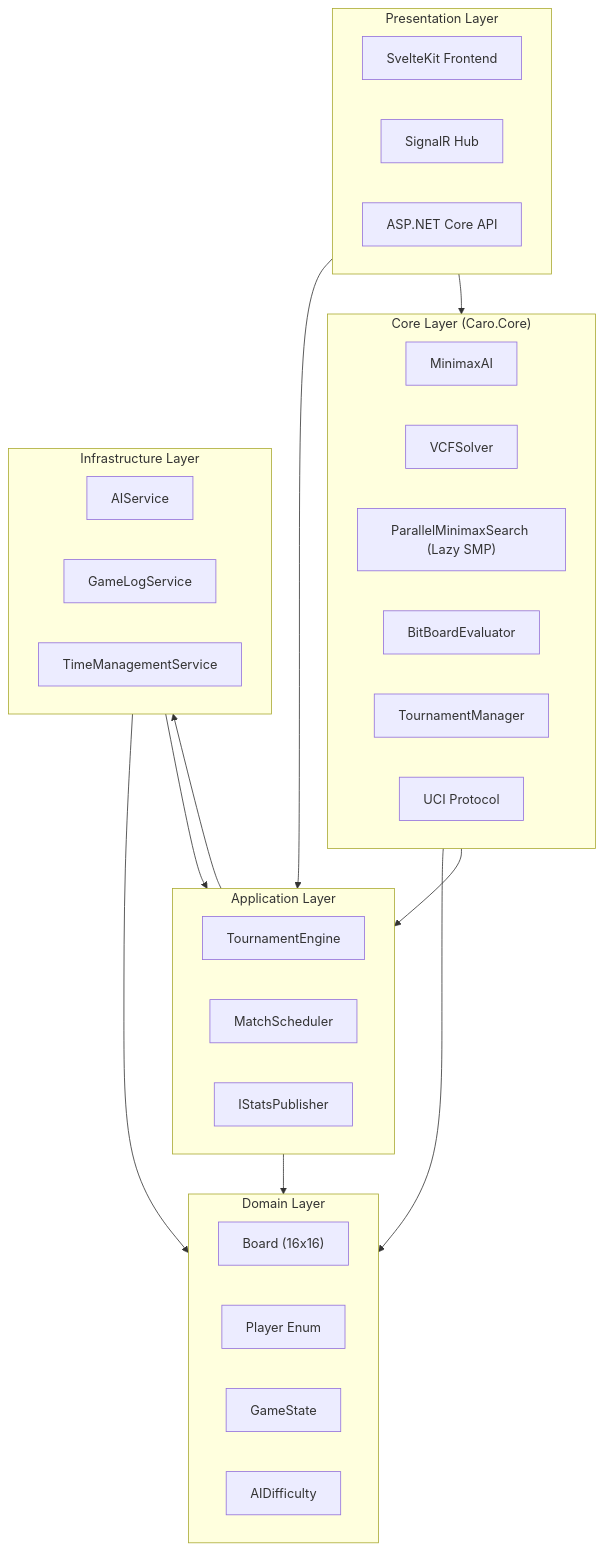
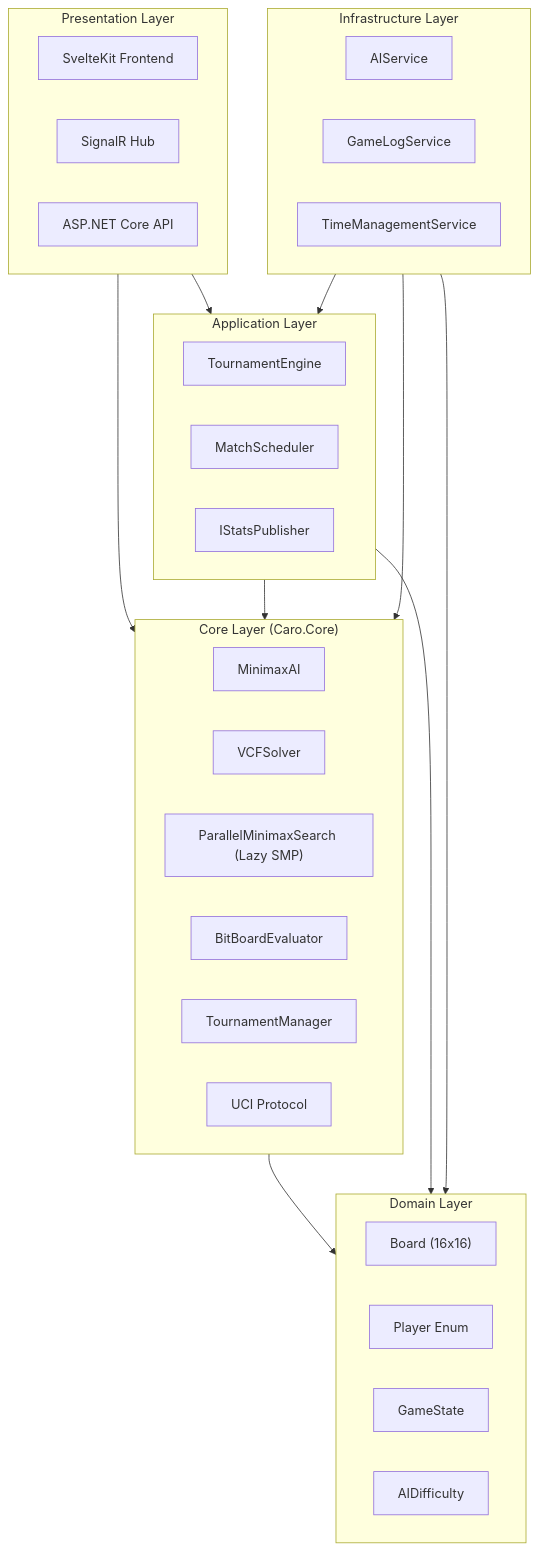
One commit to lavantien/caro-ai-pvp changed the diagram in README.md. Above: the diagram before and after it, drawn with Mermaid. The commit also changed other lines of this file, not shown here.

First line of the commit message:
docs(readme): fix architecture dependency diagram and project table

````diff
--- a/README.md
+++ b/README.md
@@ -242,45 +242,45 @@
 ```mermaid
 graph TB
     subgraph Presentation["Presentation Layer"]
         SvelteKit["SvelteKit Frontend"]
         SignalR["SignalR Hub"]
         API["ASP.NET Core API"]
     end
 
     subgraph Application["Application Layer"]
         TournamentEngine["TournamentEngine"]
         MatchScheduler["MatchScheduler"]
         StatsPublisher["IStatsPublisher"]
     end
 
     subgraph Core["Core Layer (Caro.Core)"]
         MinimaxAI["MinimaxAI"]
         VCFSolver["VCFSolver"]
         ParallelSearch["ParallelMinimaxSearch (Lazy SMP)"]
         Evaluator["BitBoardEvaluator"]
         TournamentManager["TournamentManager"]
         UCIProtocol["UCI Protocol"]
     end
 
     subgraph Domain["Domain Layer"]
         Board["Board (16x16)"]
         Player["Player Enum"]
         GameState["GameState"]
         AIDifficulty["AIDifficulty"]
     end
 
     subgraph Infrastructure["Infrastructure Layer"]
         AIService["AIService"]
         GameLogService["GameLogService"]
         TimeManagementService["TimeManagementService"]
     end
 
     Presentation --> Application
-    Application --> Domain
     Presentation --> Core
     Core --> Domain
-    Core --> Application
-    Application --> Infrastructure
+    Application --> Core
+    Application --> Domain
+    Infrastructure --> Core
+    Infrastructure --> Application
     Infrastructure --> Domain
-    Infrastructure --> Application
 ```
````
